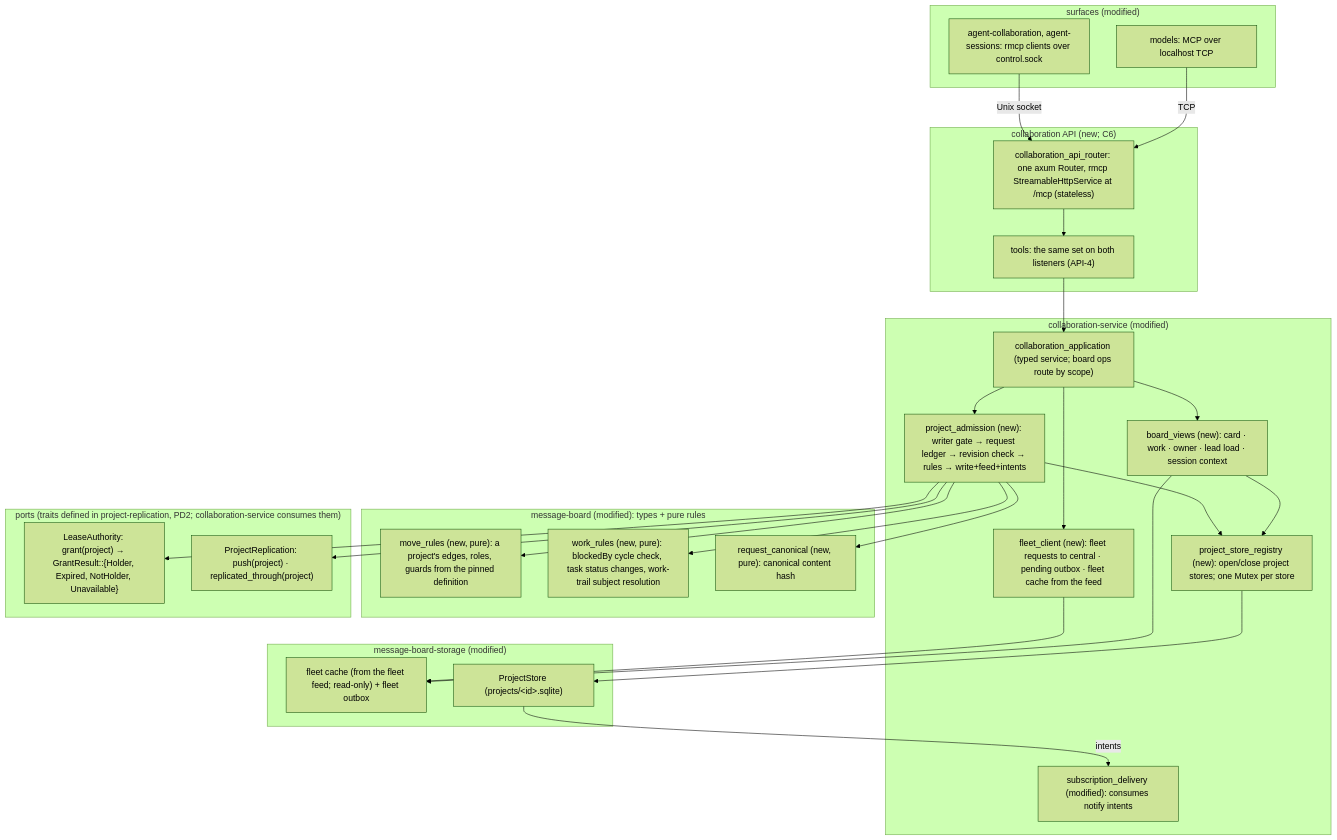
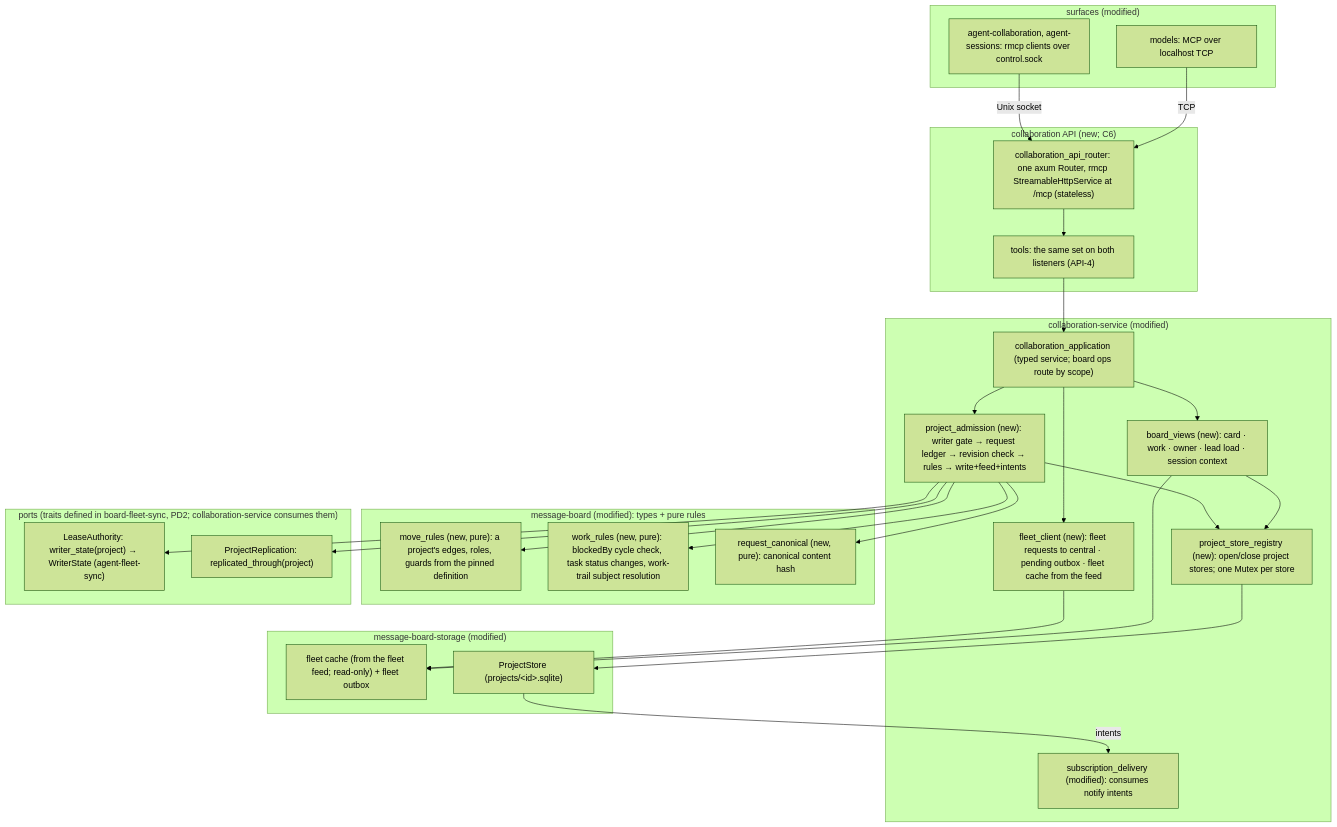
One commit to agent-collaboration/agent-collaboration changed the third of 4 diagrams in docs/specs/2026-10-04-board-orchestration-design/program-design-1-board.md. Above: the diagram before and after it, drawn with Mermaid (forest theme). The commit also changed other lines of this file and 17 other files, not shown here.

First line of the commit message:
docs(specs): publish the board, central one-core and agent-fleet-sync designs

````diff
--- a/docs/specs/2026-10-04-board-orchestration-design/program-design-1-board.md
+++ b/docs/specs/2026-10-04-board-orchestration-design/program-design-1-board.md
@@ -252,39 +314,39 @@
 ```mermaid
 flowchart TB
   subgraph surfaces["surfaces (modified)"]
     CLI["agent-collaboration, agent-sessions: rmcp clients over control.sock"]
     MODEL["models: MCP over localhost TCP"]
   end
   subgraph api["collaboration API (new; C6)"]
     AX["collaboration_api_router: one axum Router, rmcp StreamableHttpService at /mcp (stateless)"]
     TS["tools: the same set on both listeners (API-4)"]
   end
   subgraph service["collaboration-service (modified)"]
     D["collaboration_application (typed service; board ops route by scope)"]
     FC["fleet_client (new): fleet requests to central · pending outbox · fleet cache from the feed"]
     PA["project_admission (new): writer gate → request ledger → revision check → rules → write+feed+intents"]
     VW["board_views (new): card · work · owner · lead load · session context"]
     PSR["project_store_registry (new): open/close project stores; one Mutex per store"]
     SD["subscription_delivery (modified): consumes notify intents"]
   end
   subgraph domain["message-board (modified): types + pure rules"]
     RULES["move_rules (new, pure): a project's edges, roles, guards from the pinned definition"]
     TRULES["work_rules (new, pure): blockedBy cycle check, task status changes, work-trail subject resolution"]
     CANON["request_canonical (new, pure): canonical content hash"]
   end
   subgraph storage["message-board-storage (modified)"]
     FS["fleet cache (from the fleet feed; read-only) + fleet outbox"]
     PS["ProjectStore (projects/&lt;id&gt;.sqlite)"]
   end
-  subgraph ports["ports (traits defined in project-replication, PD2; collaboration-service consumes them)"]
-    LA["LeaseAuthority: grant(project) → GrantResult::{Holder, Expired, NotHolder, Unavailable}"]
-    RP["ProjectReplication: push(project) · replicated_through(project)"]
+  subgraph ports["ports (traits defined in board-fleet-sync, PD2; collaboration-service consumes them)"]
+    LA["LeaseAuthority: writer_state(project) → WriterState (agent-fleet-sync)"]
+    RP["ProjectReplication: replicated_through(project)"]
   end
   CLI -- "Unix socket" --> AX; MODEL -- "TCP" --> AX
   AX --> TS --> D
   D --> FC --> FS
   D --> PA --> PSR --> PS
   PA --> RULES; PA --> TRULES; PA --> CANON; PA --> LA; PA --> RP
   D --> VW --> PSR; VW --> FS
   PS -- "intents" --> SD
 ```
````
